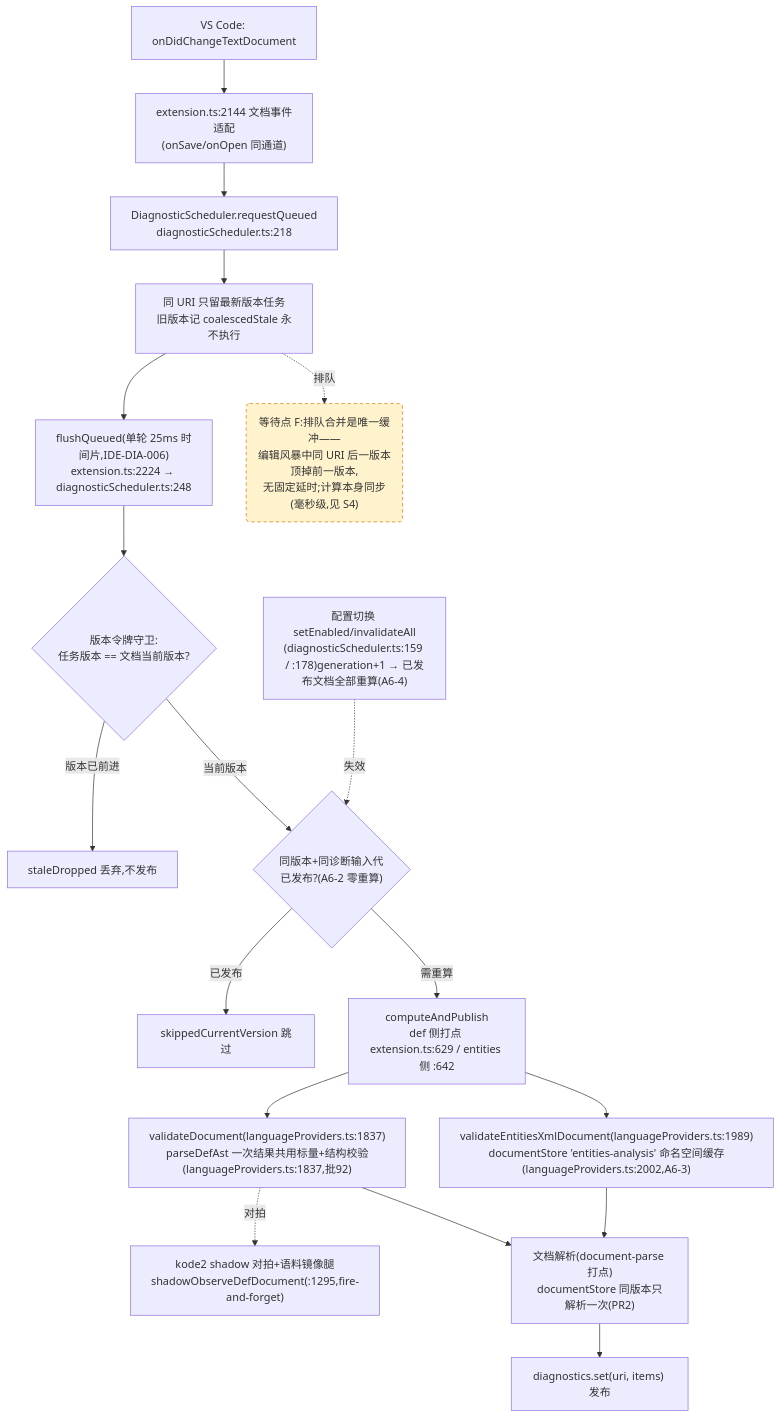
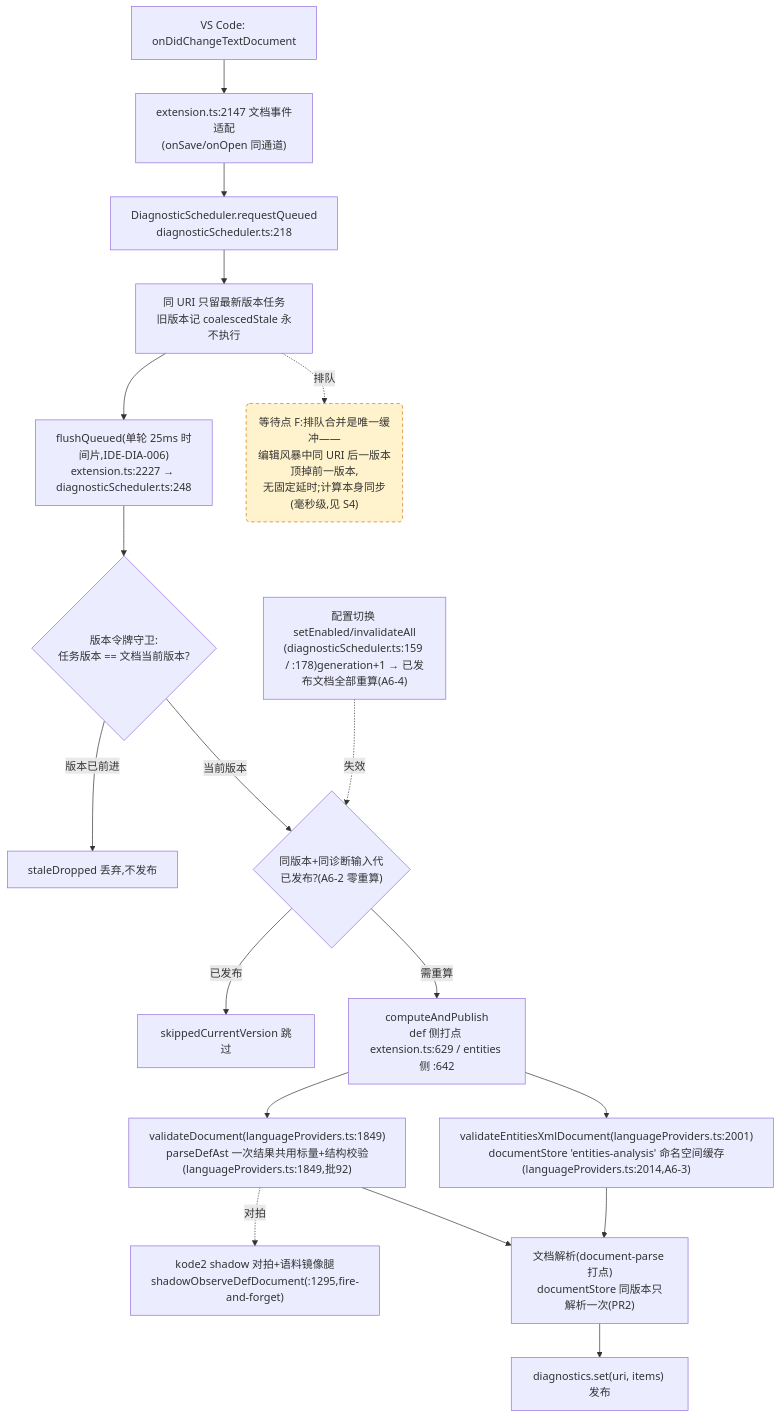
One commit to cuihairu/kode changed the fourth of 4 diagrams in docs/perf/2026-baseline.md. Above: the diagram before and after it, drawn with Mermaid. The commit also changed other lines of this file and 5 other files, not shown here.

````diff
--- a/docs/perf/2026-baseline.md
+++ b/docs/perf/2026-baseline.md
@@ -214,38 +214,38 @@
 ```mermaid
 flowchart TD
   CHG["VS Code: onDidChangeTextDocument"]
-  WATCH["extension.ts:2144 文档事件适配<br/>(onSave/onOpen 同通道)"]
+  WATCH["extension.ts:2147 文档事件适配<br/>(onSave/onOpen 同通道)"]
   RQ["DiagnosticScheduler.requestQueued<br/>diagnosticScheduler.ts:218"]
   CO["同 URI 只留最新版本任务<br/>旧版本记 coalescedStale 永不执行"]
-  FL["flushQueued(单轮 25ms 时间片,IDE-DIA-006)<br/>extension.ts:2224 → diagnosticScheduler.ts:248"]
+  FL["flushQueued(单轮 25ms 时间片,IDE-DIA-006)<br/>extension.ts:2227 → diagnosticScheduler.ts:248"]
   VG{"版本令牌守卫:<br/>任务版本 == 文档当前版本?"}
   DROP["staleDropped 丢弃,不发布"]
   GEN{"同版本+同诊断输入代<br/>已发布?(A6-2 零重算)"}
   SKIP["skippedCurrentVersion 跳过"]
   CALC["computeAndPublish<br/>def 侧打点 extension.ts:629 / entities 侧 :642"]
-  VD["validateDocument(languageProviders.ts:1837)<br/>parseDefAst 一次结果共用标量+结构校验(languageProviders.ts:1837,批92)"]
-  VEX["validateEntitiesXmlDocument(languageProviders.ts:1989)<br/>documentStore 'entities-analysis' 命名空间缓存(languageProviders.ts:2002,A6-3)"]
+  VD["validateDocument(languageProviders.ts:1849)<br/>parseDefAst 一次结果共用标量+结构校验(languageProviders.ts:1849,批92)"]
+  VEX["validateEntitiesXmlDocument(languageProviders.ts:2001)<br/>documentStore 'entities-analysis' 命名空间缓存(languageProviders.ts:2014,A6-3)"]
   SHDD["kode2 shadow 对拍+语料镜像腿<br/>shadowObserveDefDocument(:1295,fire-and-forget)"]
   DS["文档解析(document-parse 打点)<br/>documentStore 同版本只解析一次(PR2)"]
   PUB["diagnostics.set(uri, items) 发布"]
   CFG2["配置切换 setEnabled/invalidateAll<br/>(diagnosticScheduler.ts:159 / :178)generation+1 → 已发布文档全部重算(A6-4)"]
 
   CHG --> WATCH --> RQ --> CO --> FL --> VG
   VG -- "版本已前进" --> DROP
   VG -- "当前版本" --> GEN
   GEN -- "已发布" --> SKIP
   GEN -- "需重算" --> CALC
   CALC --> VD
   CALC --> VEX
   VD --> DS
   VEX --> DS
   DS --> PUB
   VD -.->|对拍| SHDD
   CFG2 -.->|失效| GEN
 
   WAITF("等待点 F:排队合并是唯一缓冲——<br/>编辑风暴中同 URI 后一版本顶掉前一版本,<br/>无固定延时;计算本身同步(毫秒级,见 S4)")
   CO -.->|排队| WAITF
 
   classDef waitPoint fill:#fff3cd,stroke:#d97706,stroke-dasharray:5 4;
   class WAITF waitPoint;
 ```
````
